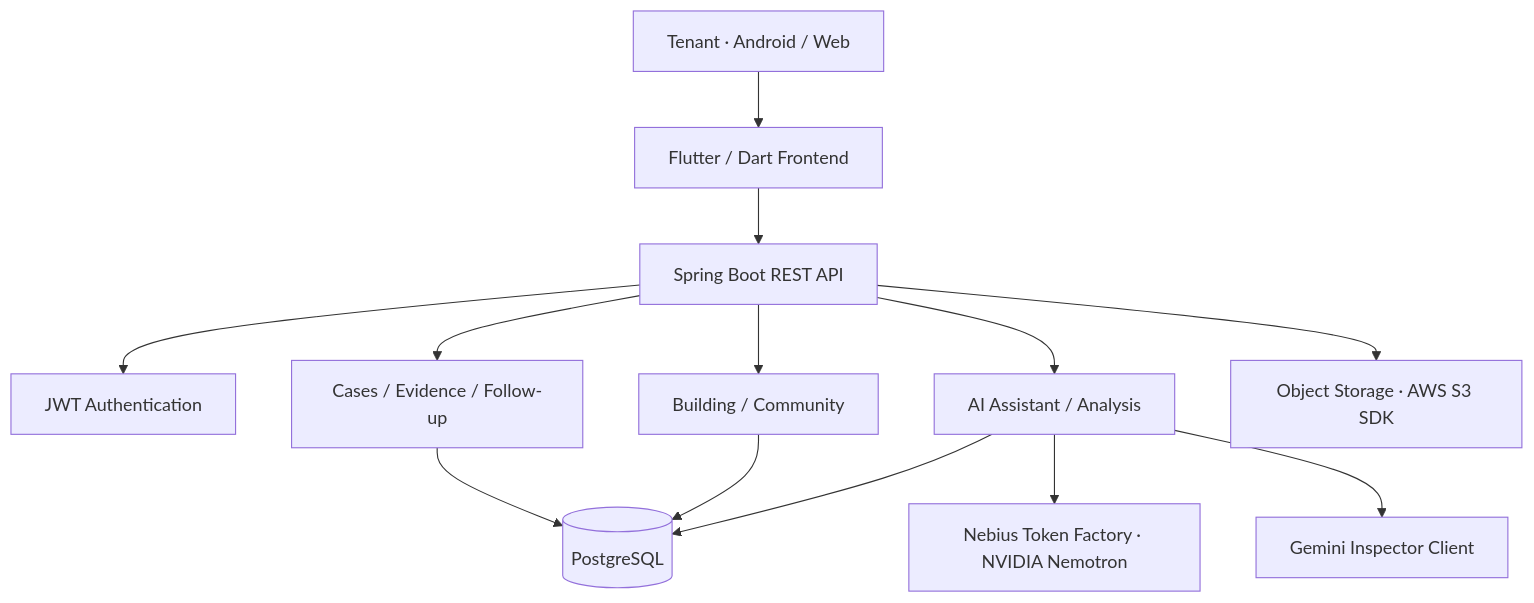
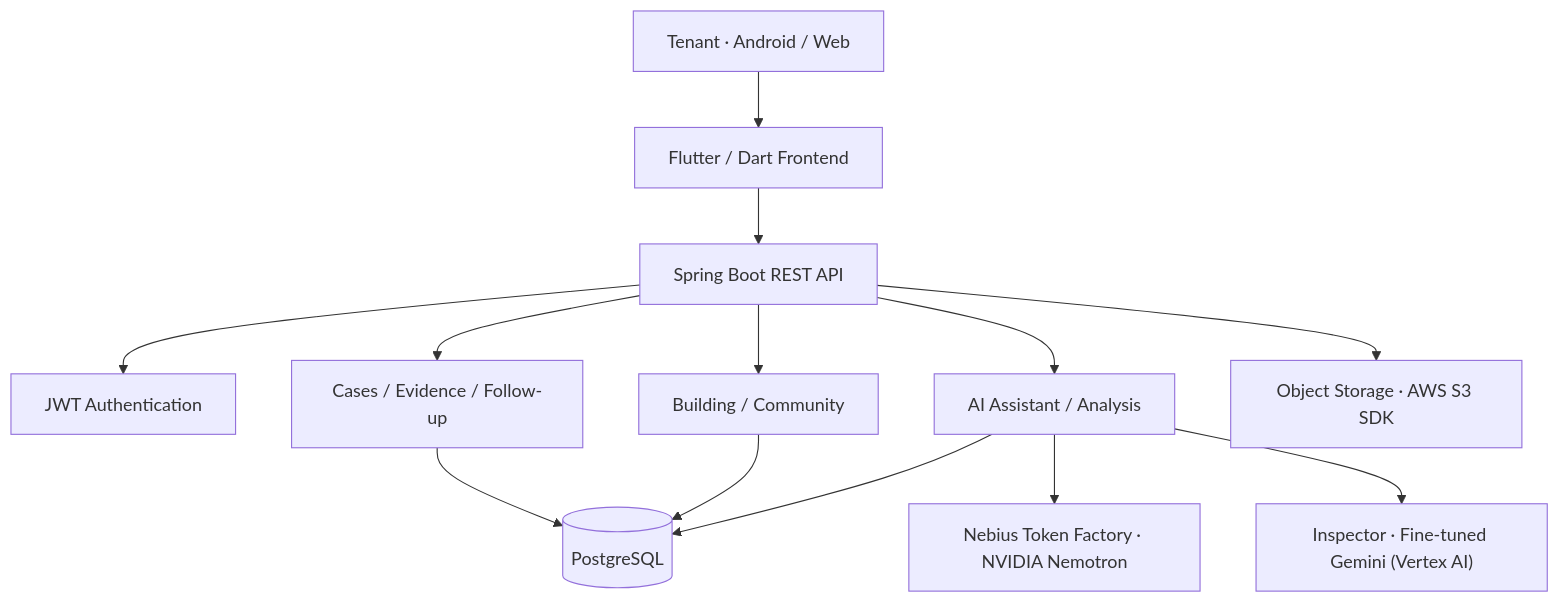
Before and after one commit to NebiusXNVIDIA-Global-AI-Hackathon/.github: the diagram in profile/README.md, drawn with Mermaid. The commit also changed other lines of this file, not shown here.

````diff
--- a/profile/README.md
+++ b/profile/README.md
@@ -373,15 +372,15 @@
 ```mermaid
 flowchart TD
     U["Tenant · Android / Web"] --> FE["Flutter / Dart Frontend"]
     FE --> API["Spring Boot REST API"]
     API --> AUTH["JWT Authentication"]
     API --> CASE["Cases / Evidence / Follow-up"]
     API --> ASSIST["AI Assistant / Analysis"]
     API --> PLACE["Building / Community"]
     CASE --> DB[("PostgreSQL")]
     PLACE --> DB
     ASSIST --> DB
     ASSIST --> LLM["Nebius Token Factory · NVIDIA Nemotron"]
-    ASSIST --> VISION["Gemini Inspector Client"]
+    ASSIST --> VISION["Inspector · Fine-tuned Gemini (Vertex AI)"]
     API --> FILES["Object Storage · AWS S3 SDK"]
 ```
````
